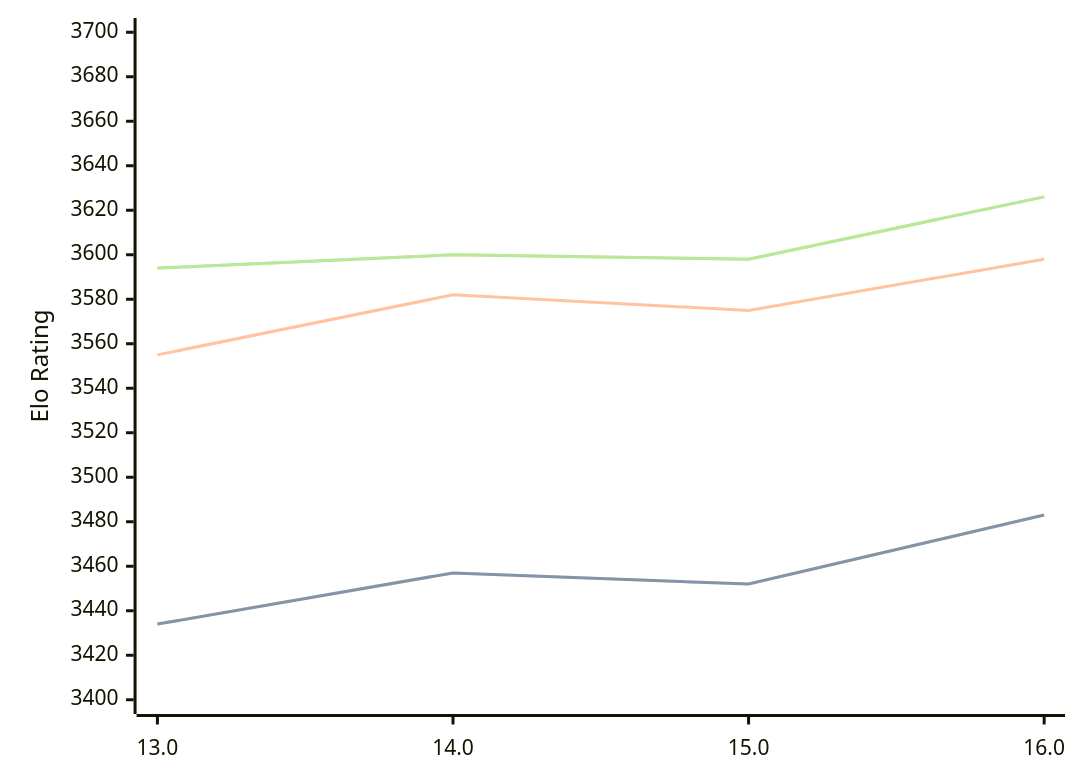
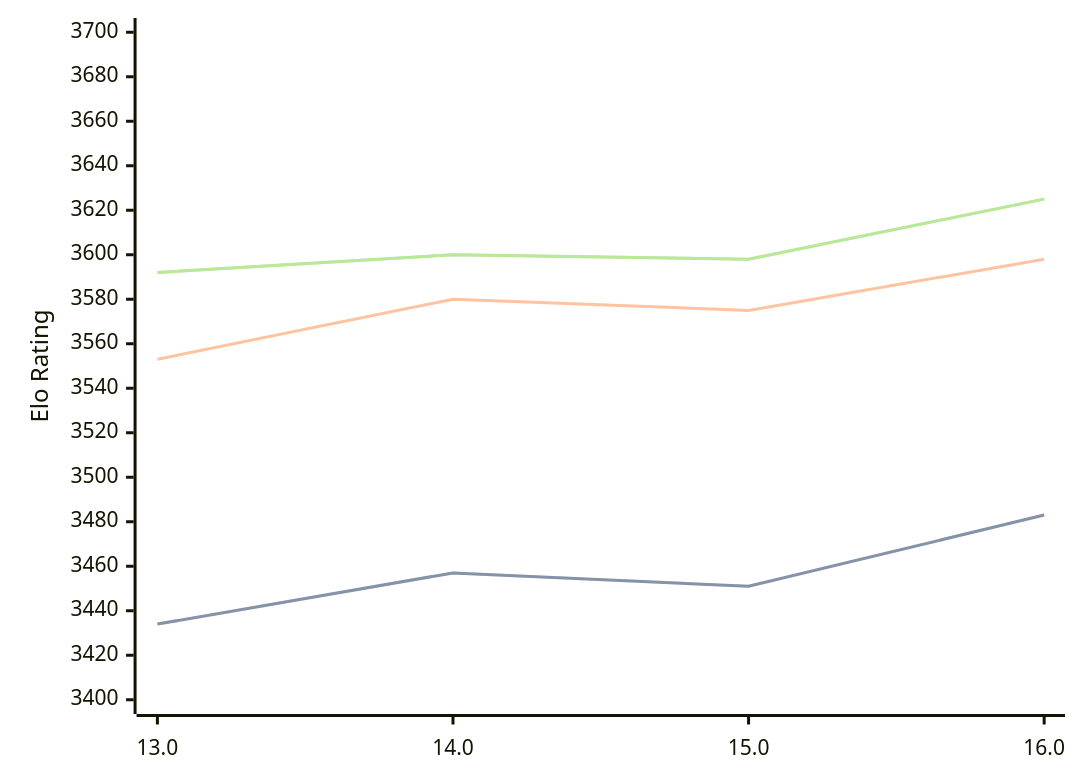
Before and after one commit to computer-chess-index/cci: the diagram in engines/Obsidian.md, drawn with Mermaid. The commit also changed other lines of this file, not shown here.

Commit message:
Update CCI Ratings (ELO VLTC) - 2026-03-04

````diff
--- a/engines/Obsidian.md
+++ b/engines/Obsidian.md
@@ -41,11 +41,11 @@
 ```mermaid
 %%{init: {"theme":"base","themeVariables":{"seriesColors:['#a3a3a3','#222221','#faa371']}}}%%
 xychart-beta
   x-axis ["13.0", "14.0", "15.0", "16.0"]
   y-axis "Elo Rating" 3400 --> 3700
-  line "STC (8.0+0.08s)" [3434, 3457, 3452, 3483]
-  line "STC (8.0+0.08s)" [3434, 3457, 3452, 3483]
-  line "LTC (60.0+0.60s)" [3555, 3582, 3575, 3598]
-  line "VLTC (2m24s+1.12s)" [3594, 3600, 3598, 3626]
-  line "VLTC (2m24s+1.12s)" [3594, 3600, 3598, 3626]
+  line "STC (8.0+0.08s)" [3434, 3457, 3451, 3483]
+  line "STC (8.0+0.08s)" [3434, 3457, 3451, 3483]
+  line "LTC (60.0+0.60s)" [3553, 3580, 3575, 3598]
+  line "VLTC (2m24s+1.12s)" [3592, 3600, 3598, 3625]
+  line "VLTC (2m24s+1.12s)" [3592, 3600, 3598, 3625]
 ```
````
